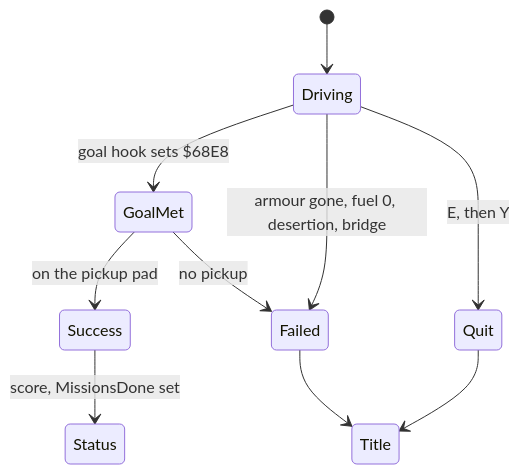
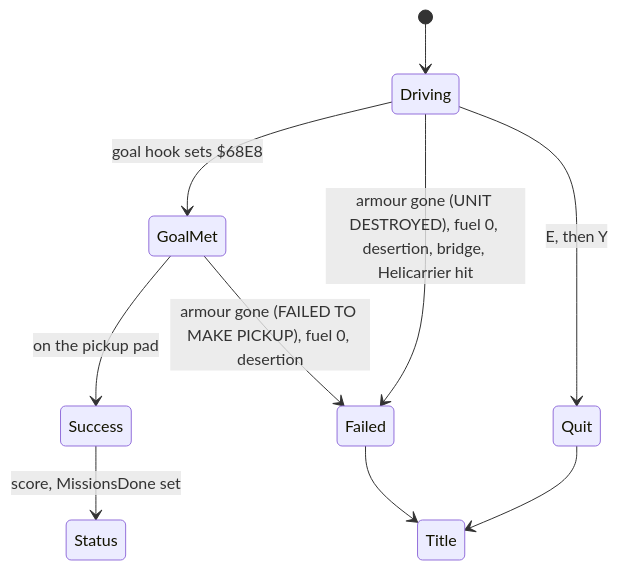
The fourth of 5 diagrams in games/battle-command/docs/01-game-design.md (alfishe/unrealng-reverse-cases), drawn with Mermaid before and after one commit. The commit also changed other lines of this file and 46 other files, not shown here.

````diff
--- a/games/battle-command/docs/01-game-design.md
+++ b/games/battle-command/docs/01-game-design.md
@@ -337,12 +344,12 @@
 ```mermaid
 stateDiagram-v2
     [*] --> Driving
     Driving --> GoalMet: goal hook sets $68E8
     GoalMet --> Success: on the pickup pad
-    GoalMet --> Failed: no pickup
-    Driving --> Failed: armour gone, fuel 0, desertion, bridge
+    GoalMet --> Failed: armour gone (FAILED TO MAKE PICKUP), fuel 0, desertion
+    Driving --> Failed: armour gone (UNIT DESTROYED), fuel 0, desertion, bridge, Helicarrier hit
     Driving --> Quit: E, then Y
     Success --> Status: score, MissionsDone set
     Failed --> Title
     Quit --> Title
 ```
````
